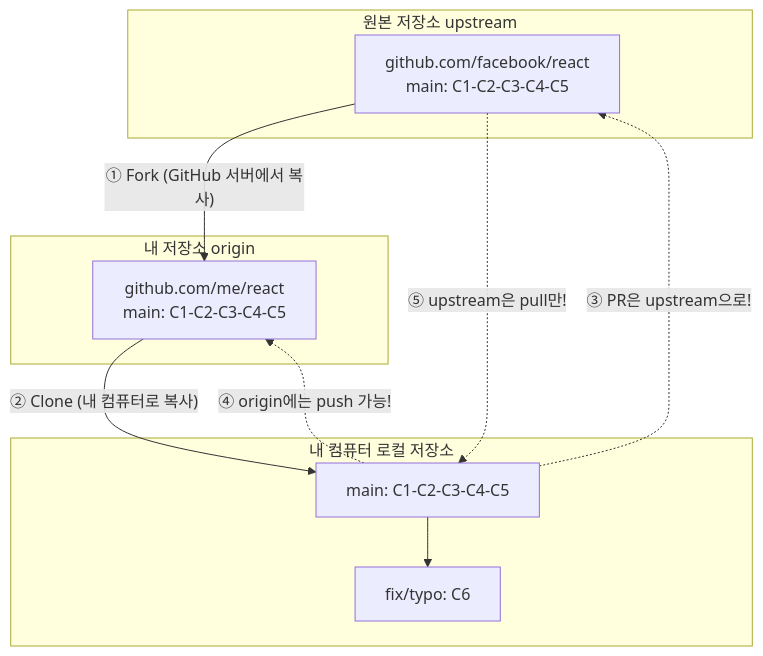
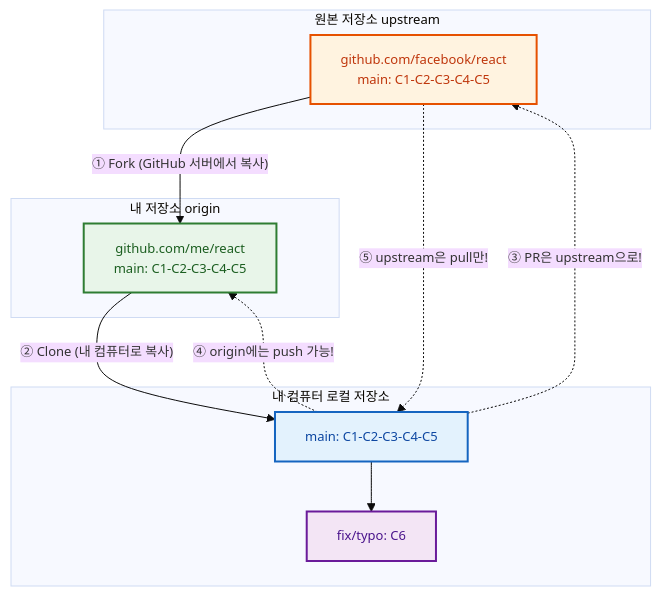
The first of 2 diagrams in git/06_GitHub/04_Fork와_기여.md (jingu279/Document), drawn with Mermaid before and after one commit. The commit also changed other lines of this file and 24 other files, not shown here.

First line of the commit message:
Git 문서 전체 Mermaid 다이어그램 스타일링 통일

````diff
--- a/git/06_GitHub/04_Fork와_기여.md
+++ b/git/06_GitHub/04_Fork와_기여.md
@@ -17,22 +17,28 @@
 ```mermaid
+%%{init: {'theme': 'base', 'themeVariables': {'fontSize': '13px'}}}%%
 flowchart TB
+  classDef main fill:#fff3e0,stroke:#e65100,stroke-width:2px,color:#bf360c
+  classDef sub fill:#e8f5e9,stroke:#2e7d32,stroke-width:2px,color:#1b5e20
+  classDef proc fill:#e3f2fd,stroke:#1565c0,stroke-width:2px,color:#0d47a1
+  classDef decision fill:#fff9c4,stroke:#f9a825,stroke-width:2px,color:#e65100
+  classDef highlight fill:#f3e5f5,stroke:#6a1b9a,stroke-width:2px,color:#4a148c
   subgraph Upstream[원본 저장소 upstream]
-    U["github.com/facebook/react<br/>main: C1-C2-C3-C4-C5"]
+    U["github.com/facebook/react<br/>main: C1-C2-C3-C4-C5"]:::main
   end
 
   subgraph Origin[내 저장소 origin]
-    O["github.com/me/react<br/>main: C1-C2-C3-C4-C5"]
+    O["github.com/me/react<br/>main: C1-C2-C3-C4-C5"]:::sub
   end
 
   subgraph Local[내 컴퓨터 로컬 저장소]
-    L1["main: C1-C2-C3-C4-C5"]
-    L2["fix/typo: C6"]
+    L1["main: C1-C2-C3-C4-C5"]:::proc
+    L2["fix/typo: C6"]:::highlight
     L1 --> L2
   end
 
   U -->|"① Fork (GitHub 서버에서 복사)"| O
   O -->|"② Clone (내 컴퓨터로 복사)"| L1
   L1 -.->|"③ PR은 upstream으로!"| U
   L1 -.->|"④ origin에는 push 가능!"| O
   U -.->|"⑤ upstream은 pull만!"| L1
 ```
````
